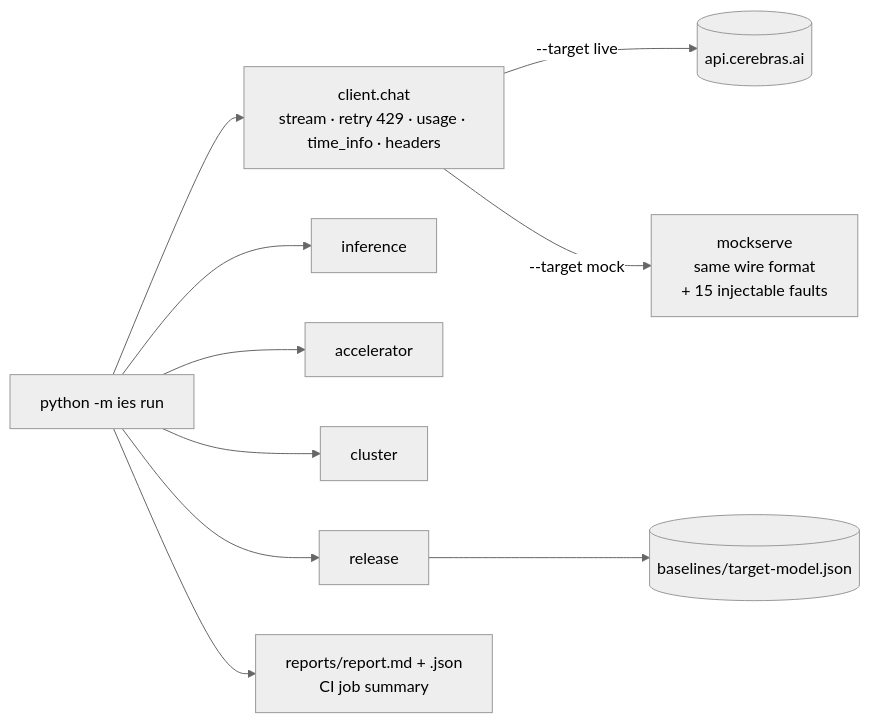
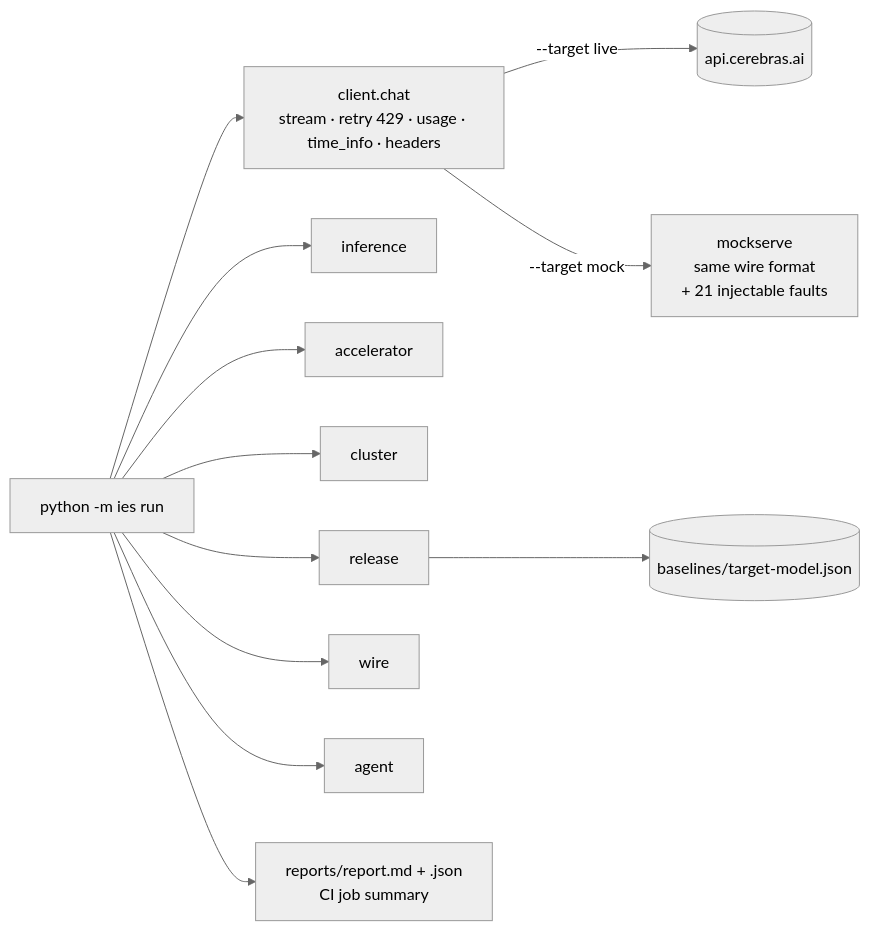
The diagram in README.md (su0xpj-bastion/inference-endpoint-scenarios), drawn with Mermaid (neutral theme) before and after one commit. The commit also changed other lines of this file and 16 other files, not shown here.

First line of the commit message:
Add Wire (msgpack/gzip bodies), Agent (tool loop) scenarios and an SDK version matrix

````diff
--- a/README.md
+++ b/README.md
@@ -14,9 +16,9 @@
 ```mermaid
 flowchart LR
     CLI[python -m ies run] --> C[client.chat<br/>stream · retry 429 · usage · time_info · headers]
     C -->|--target live| API[(api.cerebras.ai)]
-    C -->|--target mock| M[mockserve<br/>same wire format<br/>+ 15 injectable faults]
-    CLI --> W1[inference] & W2[accelerator] & W3[cluster] & W4[release]
+    C -->|--target mock| M[mockserve<br/>same wire format<br/>+ 21 injectable faults]
+    CLI --> W1[inference] & W2[accelerator] & W3[cluster] & W4[release] & W5[wire] & W6[agent]
     W4 --> B[(baselines/target-model.json)]
     CLI --> R[reports/report.md + .json<br/>CI job summary]
 ```
````
